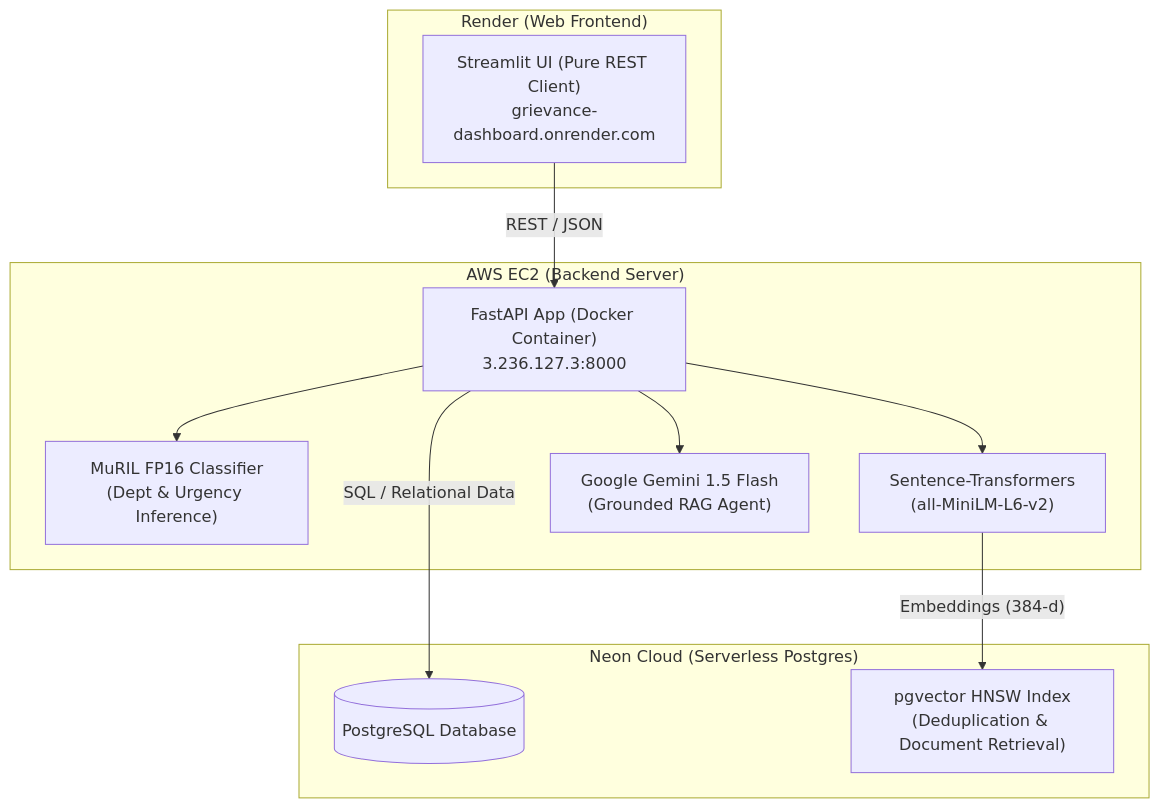
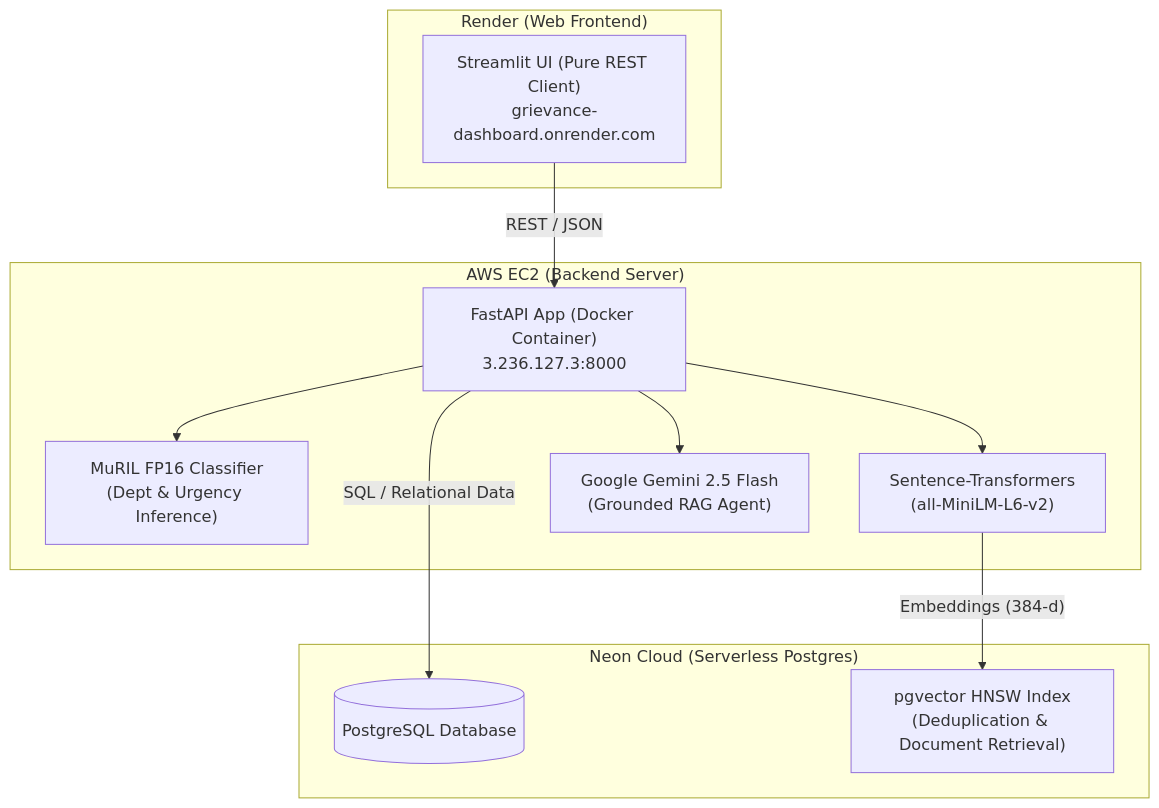
Before and after one commit to AnkurSingh10/grievance-triage: the diagram in README.md, drawn with Mermaid. The commit also changed other lines of this file, not shown here.

````diff
--- a/README.md
+++ b/README.md
@@ -107,25 +107,25 @@
 ```mermaid
 flowchart TD
     subgraph Frontend ["Render (Web Frontend)"]
         Streamlit["Streamlit UI (Pure REST Client)<br/>grievance-dashboard.onrender.com"]
     end
 
     subgraph Backend ["AWS EC2 (Backend Server)"]
         FastAPI["FastAPI App (Docker Container)<br/>3.236.127.3:8000"]
         MuRIL["MuRIL FP16 Classifier<br/>(Dept & Urgency Inference)"]
         ST_Model["Sentence-Transformers<br/>(all-MiniLM-L6-v2)"]
-        Gemini["Google Gemini 1.5 Flash<br/>(Grounded RAG Agent)"]
+        Gemini["Google Gemini 2.5 Flash<br/>(Grounded RAG Agent)"]
     end
 
     subgraph Database ["Neon Cloud (Serverless Postgres)"]
         NeonDB[("PostgreSQL Database")]
         pgvector["pgvector HNSW Index<br/>(Deduplication & Document Retrieval)"]
     end
 
     Streamlit -- "REST / JSON" --> FastAPI
     FastAPI --> MuRIL
     FastAPI --> ST_Model
     FastAPI --> Gemini
     ST_Model -- "Embeddings (384-d)" --> pgvector
     FastAPI -- "SQL / Relational Data" --> NeonDB
 ```
````
